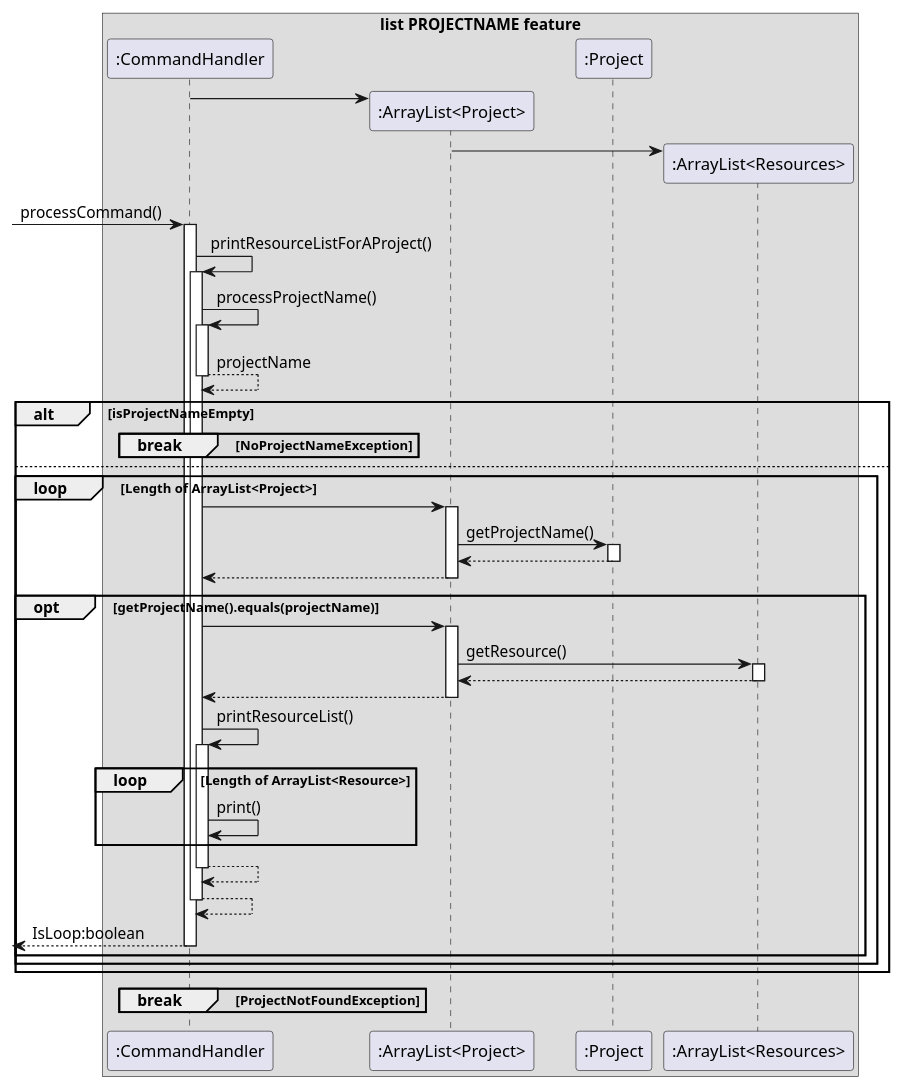
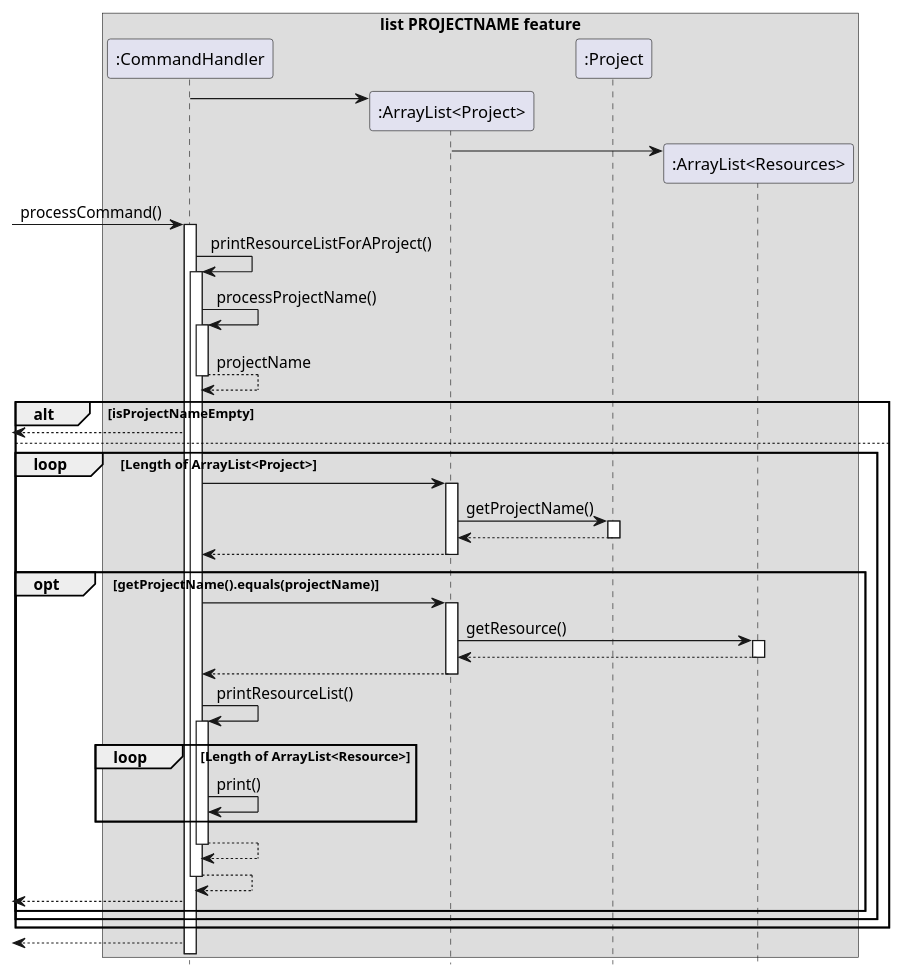
One commit to s-t-e-f/tp changed the diagram in docs/PlantUML/list projectnamefinal.puml. Above: the diagram before and after it, drawn with PlantUML. The commit also changed 3 other files, not shown here.

Commit message:
Remove break blocks and replace them with return arrows and remove participants labels at the bottom.

```diff
--- a/docs/PlantUML/list projectnamefinal.puml
+++ b/docs/PlantUML/list projectnamefinal.puml
@@ -1,58 +1,59 @@
 @startuml
-
+hide footbox
 box list PROJECTNAME feature
 participant ":CommandHandler" as CH
 participant ":ArrayList<Project>" as PA
 participant ":Project" as PC
 participant ":ArrayList<Resources>" as RA
 
 
 create PA
 CH -> PA
 
 create RA
 PA -> RA
 
 [-> CH: processCommand()
 activate CH
 
 CH -> CH: printResourceListForAProject()
 activate CH
 
 CH -> CH: processProjectName()
 activate CH
 return projectName
 
 alt isProjectNameEmpty
-    break NoProjectNameException
-    end
+    CH -->[
 else
     loop Length of ArrayList<Project>
         CH -> PA
         activate PA
         PA -> PC: getProjectName()
         activate PC
         return
+
         return
         opt getProjectName().equals(projectName)
             CH -> PA:
             activate PA
             PA -> RA: getResource()
             activate RA
             return
+
             return
             CH -> CH: printResourceList()
             activate CH
             loop Length of ArrayList<Resource>
                 CH -> CH: print()
             end
             return
             return
-            return IsLoop:boolean
+            CH -->[
         end
     end
 end
-break ProjectNotFoundException
-end
+CH -->[
 endbox
+
 @enduml
```
